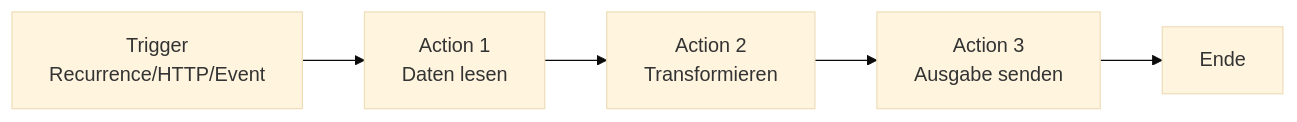
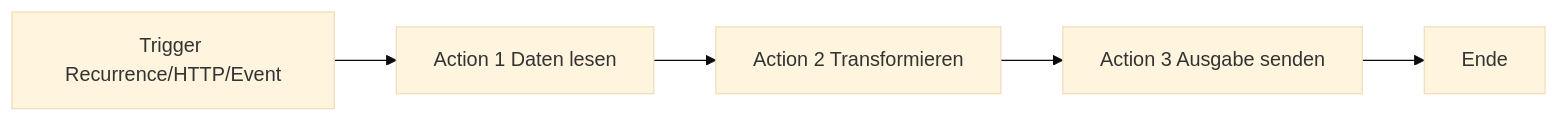
Before and after one commit to SoniiiT/notes-n-docs: the first of 6 diagrams in Microsoft 365/Azure/Integration und Messaging/Azure Logic Apps.md, drawn with Mermaid (base theme). The commit also changed other lines of this file and 124 other files, not shown here.

First line of the commit message:
fix: Entferne \n aus allen Mermaid-Diagrammen (125 Dateien)

````diff
--- a/Microsoft 365/Azure/Integration und Messaging/Azure Logic Apps.md
+++ b/Microsoft 365/Azure/Integration und Messaging/Azure Logic Apps.md
@@ -23,7 +23,7 @@
 ```mermaid
 flowchart LR
-    T[Trigger\nRecurrence/HTTP/Event] --> A1[Action 1\nDaten lesen]
-    A1 --> A2[Action 2\nTransformieren]
-    A2 --> A3[Action 3\nAusgabe senden]
+    T[Trigger Recurrence/HTTP/Event] --> A1[Action 1 Daten lesen]
+    A1 --> A2[Action 2 Transformieren]
+    A2 --> A3[Action 3 Ausgabe senden]
     A3 --> E[Ende]
 ```
````
